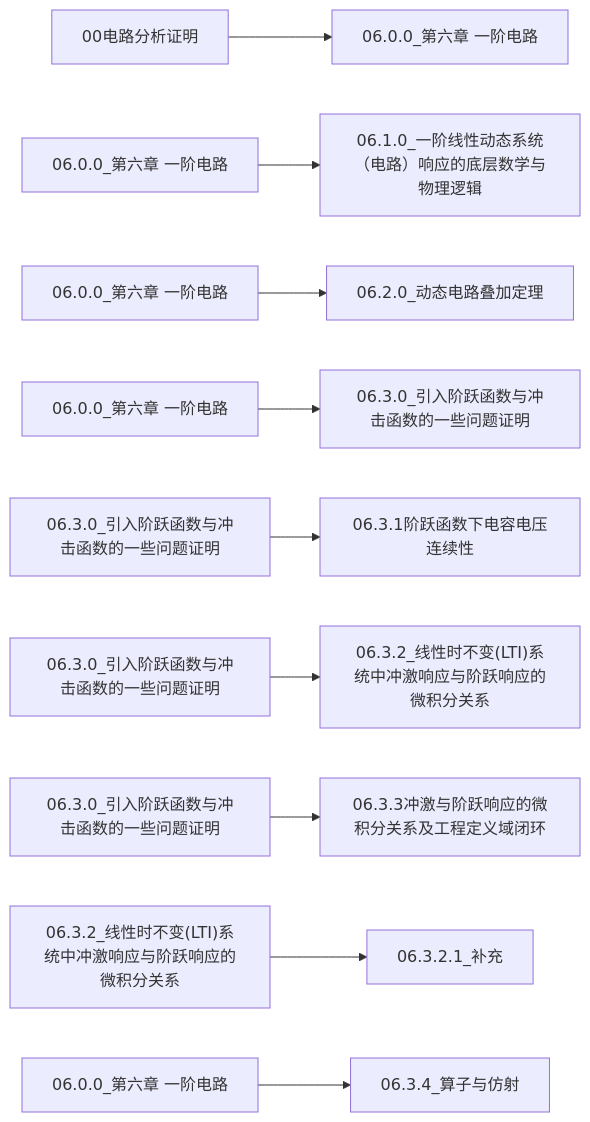
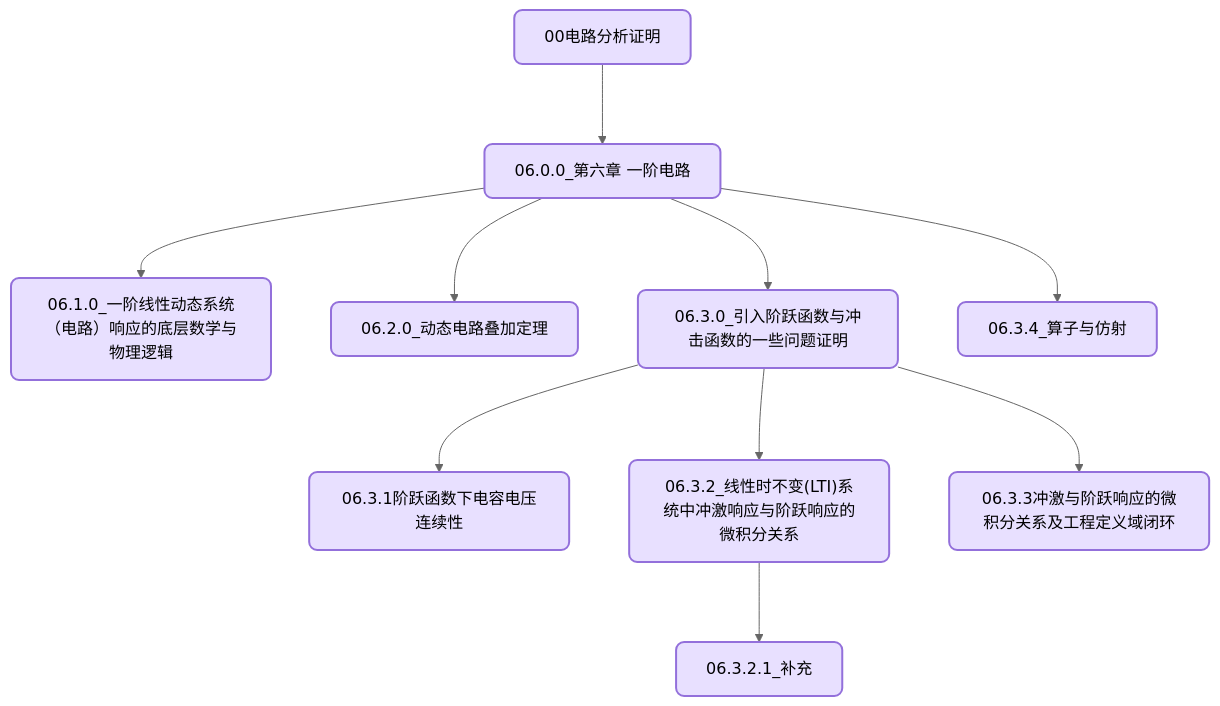
Before and after one commit to wangjiuyi543-ui/Circuit-Foundations-First-Principles: the diagram in README.md, drawn with Mermaid.

Commit message:
🤖 自动同步Canvas到README

````diff
--- a/README.md
+++ b/README.md
@@ -36,12 +36,14 @@
 ```mermaid
-graph LR
-    00电路分析证明["00电路分析证明"] --> 0600_第六章一阶电路["06.0.0_第六章 一阶电路"]
-    0600_第六章一阶电路_1["06.0.0_第六章 一阶电路"] --> 0610_一阶线性动态系统电路响应的底层数学与物理逻辑["06.1.0_一阶线性动态系统（电路）响应的底层数学与物理逻辑"]
-    0600_第六章一阶电路_1_1["06.0.0_第六章 一阶电路"] --> 0620_动态电路叠加定理["06.2.0_动态电路叠加定理"]
-    0600_第六章一阶电路_1_1_1["06.0.0_第六章 一阶电路"] --> 0630_引入阶跃函数与冲击函数的一些问题证明["06.3.0_引入阶跃函数与冲击函数的一些问题证明"]
-    0630_引入阶跃函数与冲击函数的一些问题证明_1["06.3.0_引入阶跃函数与冲击函数的一些问题证明"] --> 0631阶跃函数下电容电压连续性["06.3.1阶跃函数下电容电压连续性"]
-    0630_引入阶跃函数与冲击函数的一些问题证明_1_1["06.3.0_引入阶跃函数与冲击函数的一些问题证明"] --> 0632_线性时不变LTI系统中冲激响应与阶跃响应的微积分关系["06.3.2_线性时不变(LTI)系统中冲激响应与阶跃响应的微积分关系"]
-    0630_引入阶跃函数与冲击函数的一些问题证明_1_1_1["06.3.0_引入阶跃函数与冲击函数的一些问题证明"] --> 0633冲激与阶跃响应的微积分关系及工程定义域闭环["06.3.3冲激与阶跃响应的微积分关系及工程定义域闭环"]
-    0632_线性时不变LTI系统中冲激响应与阶跃响应的微积分关系_1["06.3.2_线性时不变(LTI)系统中冲激响应与阶跃响应的微积分关系"] --> 06321_补充["06.3.2.1_补充"]
-    0600_第六章一阶电路_1_1_1_1["06.0.0_第六章 一阶电路"] --> 0634_算子与仿射["06.3.4_算子与仿射"]
+%%{init: {'theme':'neutral', 'flowchart': {'nodeSpacing': 60, 'rankSpacing': 80, 'curve': 'basis'}}}%%
+graph TD
+    classDef default fill:#e8e0ff,stroke:#9370db,stroke-width:2px,rx:8px,ry:8px;
+    00电路分析证明_0["00电路分析证明"] --> 0600_第六章一阶电路_1["06.0.0_第六章 一阶电路"]
+    0600_第六章一阶电路_1["06.0.0_第六章 一阶电路"] --> 0610_一阶线性动态系统电路响应的底层数学与物理逻辑_2["06.1.0_一阶线性动态系统（电路）响应的底层数学与物理逻辑"]
+    0600_第六章一阶电路_1["06.0.0_第六章 一阶电路"] --> 0620_动态电路叠加定理_3["06.2.0_动态电路叠加定理"]
+    0600_第六章一阶电路_1["06.0.0_第六章 一阶电路"] --> 0630_引入阶跃函数与冲击函数的一些问题证明_4["06.3.0_引入阶跃函数与冲击函数的一些问题证明"]
+    0630_引入阶跃函数与冲击函数的一些问题证明_4["06.3.0_引入阶跃函数与冲击函数的一些问题证明"] --> 0631阶跃函数下电容电压连续性_6["06.3.1阶跃函数下电容电压连续性"]
+    0630_引入阶跃函数与冲击函数的一些问题证明_4["06.3.0_引入阶跃函数与冲击函数的一些问题证明"] --> 0632_线性时不变LTI系统中冲激响应与阶跃响应的微积分关系_7["06.3.2_线性时不变(LTI)系统中冲激响应与阶跃响应的微积分关系"]
+    0630_引入阶跃函数与冲击函数的一些问题证明_4["06.3.0_引入阶跃函数与冲击函数的一些问题证明"] --> 0633冲激与阶跃响应的微积分关系及工程定义域闭环_8["06.3.3冲激与阶跃响应的微积分关系及工程定义域闭环"]
+    0632_线性时不变LTI系统中冲激响应与阶跃响应的微积分关系_7["06.3.2_线性时不变(LTI)系统中冲激响应与阶跃响应的微积分关系"] --> 06321_补充_9["06.3.2.1_补充"]
+    0600_第六章一阶电路_1["06.0.0_第六章 一阶电路"] --> 0634_算子与仿射_5["06.3.4_算子与仿射"]
 ```
````
